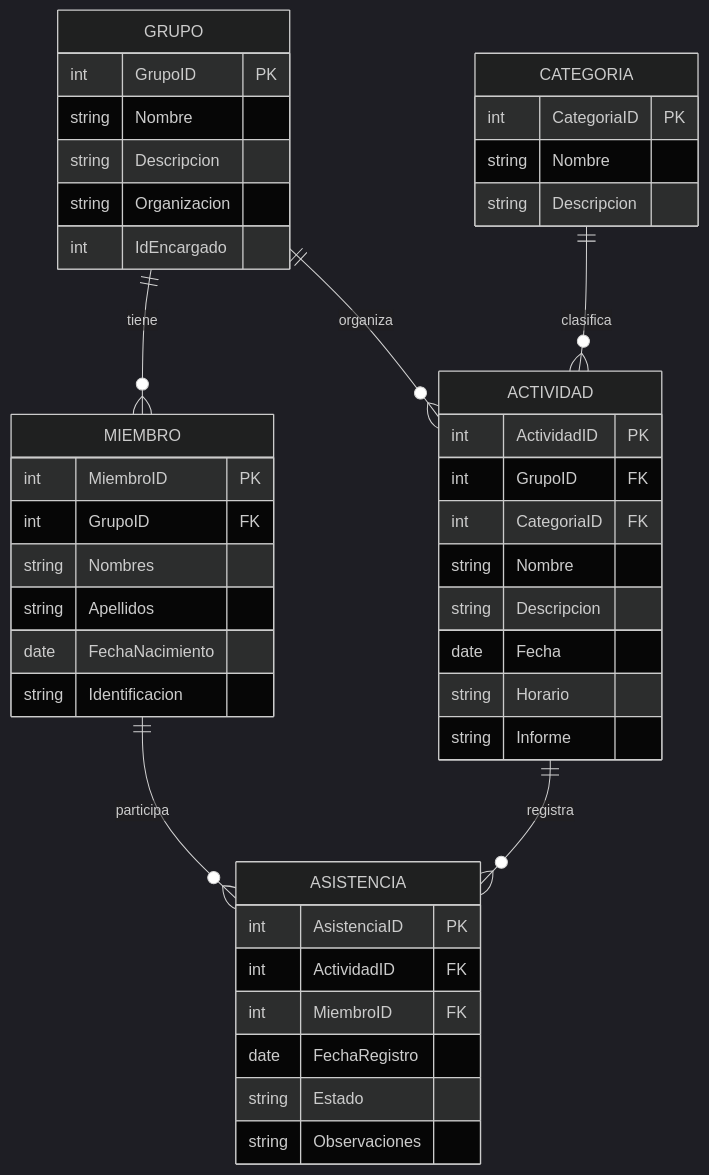
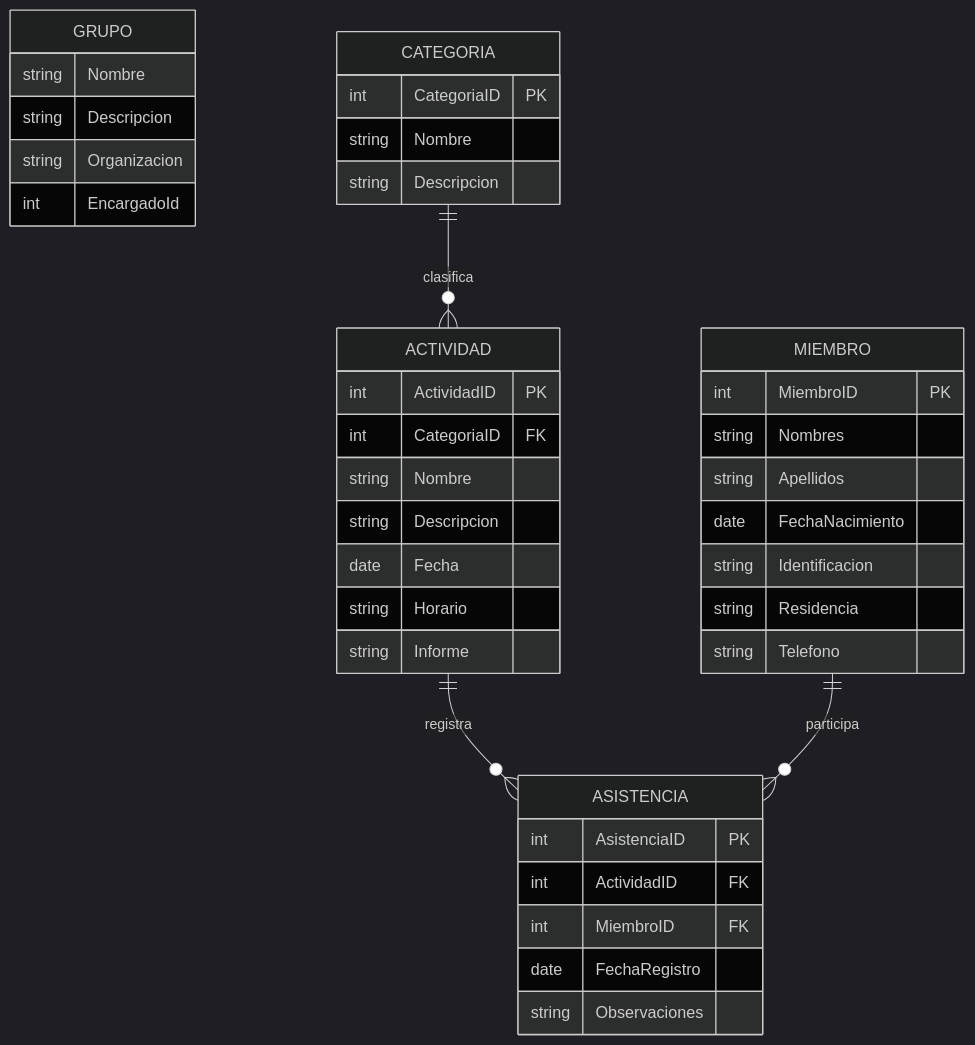
One commit to serdecomGT/Daniela changed the diagram in Investiga/DiagramaER.md. Above: the diagram before and after it, drawn with Mermaid (dark theme).

Commit message:
Refactor ER diagram for clarity and updates

````diff
--- a/Investiga/DiagramaER.md
+++ b/Investiga/DiagramaER.md
@@ -1,52 +1,48 @@
 ```mermaid
 erDiagram
 
     GRUPO {
-        int GrupoID PK
         string Nombre
         string Descripcion
         string Organizacion
-        int IdEncargado
+        int EncargadoId
     }
 
     MIEMBRO {
         int MiembroID PK
-        int GrupoID FK
         string Nombres
         string Apellidos
         date FechaNacimiento
         string Identificacion
+        string Residencia
+        string Telefono
     }
 
     CATEGORIA {
         int CategoriaID PK
         string Nombre
         string Descripcion
     }
 
     ACTIVIDAD {
         int ActividadID PK
-        int GrupoID FK
         int CategoriaID FK
         string Nombre
         string Descripcion
         date Fecha
         string Horario
         string Informe
     }
 
     ASISTENCIA {
         int AsistenciaID PK
         int ActividadID FK
         int MiembroID FK
         date FechaRegistro
-        string Estado
         string Observaciones
     }
 
-    GRUPO ||--o{ MIEMBRO : "tiene"
-    GRUPO ||--o{ ACTIVIDAD : "organiza"
     CATEGORIA ||--o{ ACTIVIDAD : "clasifica"
     ACTIVIDAD ||--o{ ASISTENCIA : "registra"
     MIEMBRO ||--o{ ASISTENCIA : "participa"
 ```
````
